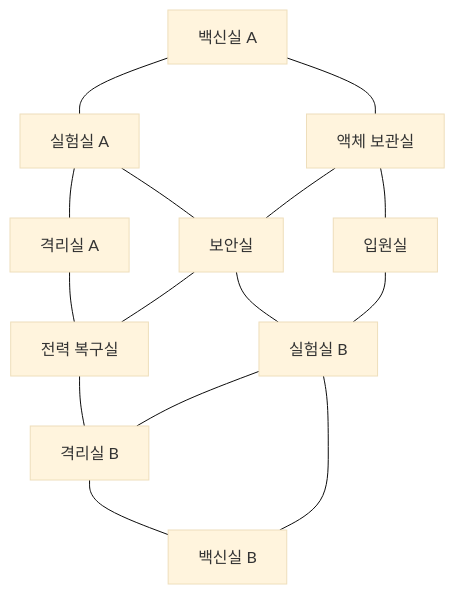
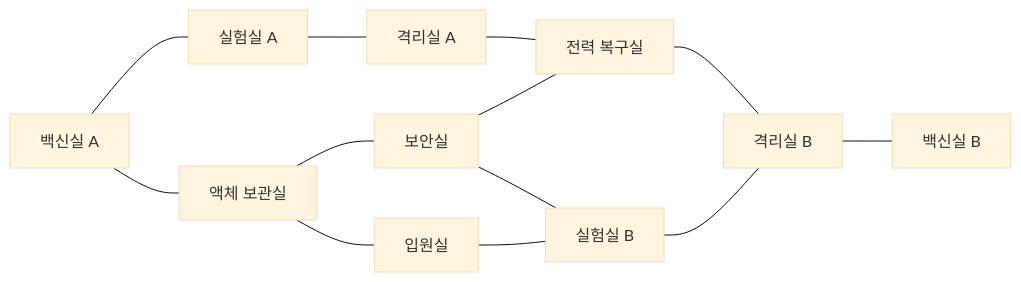
Before and after one commit to junn0s/escape-ukikki: the diagram in docs/map-level-design.md, drawn with Mermaid (base theme). The commit also changed other lines of this file and 175 other files, not shown here.

````diff
--- a/docs/map-level-design.md
+++ b/docs/map-level-design.md
@@ -26,18 +26,15 @@
 ```mermaid
-flowchart TB
+flowchart LR
     VA["백신실 A"] --- LA["실험실 A"]
+    VA --- ST["액체 보관실"]
     LA --- QA["격리실 A"]
-    VA --- ST["액체 보관실"]
-    LA --- SEC["보안실"]
-    QA --- PW["전력 복구실"]
-    ST --- SEC
-    SEC --- PW
-
+    ST --- SEC["보안실"]
     ST --- WD["입원실"]
-    WD --- LB["실험실 B"]
-    SEC --- LB
+    SEC --- PW["전력 복구실"]
+    SEC --- LB["실험실 B"]
+    QA --- PW
     PW --- QB["격리실 B"]
+    WD --- LB
     LB --- QB
-    LB --- VB["백신실 B"]
-    QB --- VB
+    QB --- VB["백신실 B"]
 ```
````
